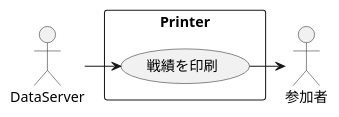
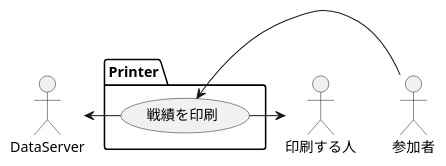
One commit to H28KoyosaiInfo/Design changed the diagram in Printer.pu. Above: the diagram before and after it, drawn with PlantUML. The commit also changed 6 other files, not shown here.

```diff
--- a/Printer.pu
+++ b/Printer.pu
@@ -2,17 +2,16 @@
 @startuml
   actor DataServer
 
-  rectangle Printer{
-      usecase 戦績を印刷
+  package Printer{
+      usecase 戦績を印刷 as print
 
 
 
 
   }
 
 'link'
-DataServer->戦績を印刷
-
-
-戦績を印刷->参加者
+DataServer<-print
+print->印刷する人
+print<-参加者
 @enduml
```
